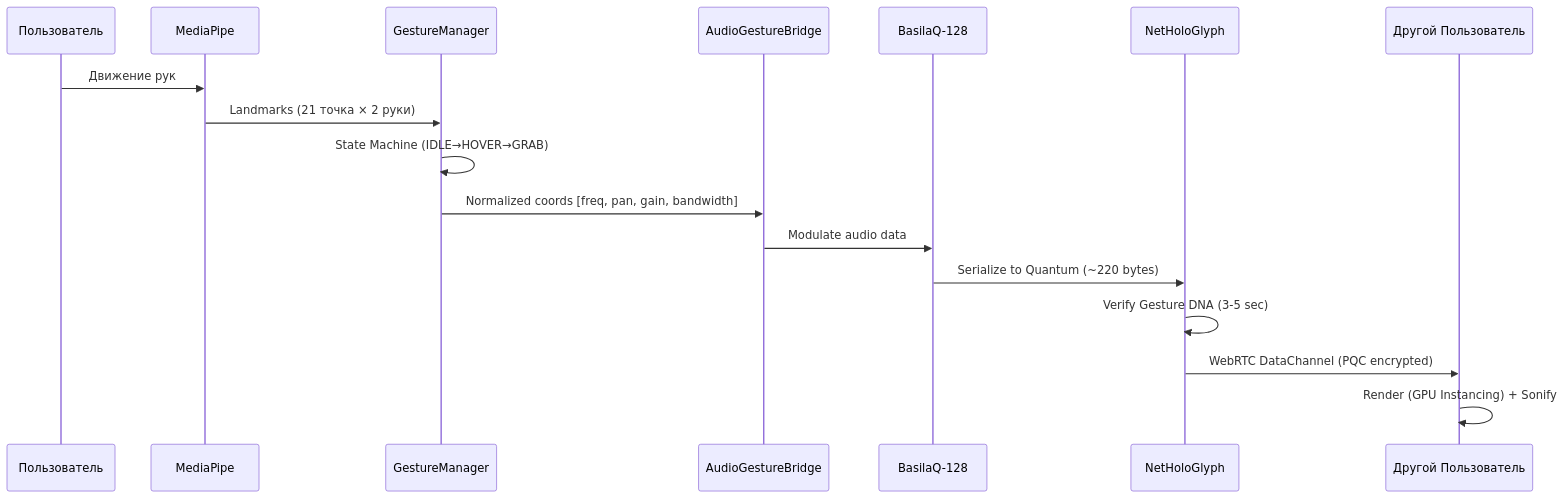
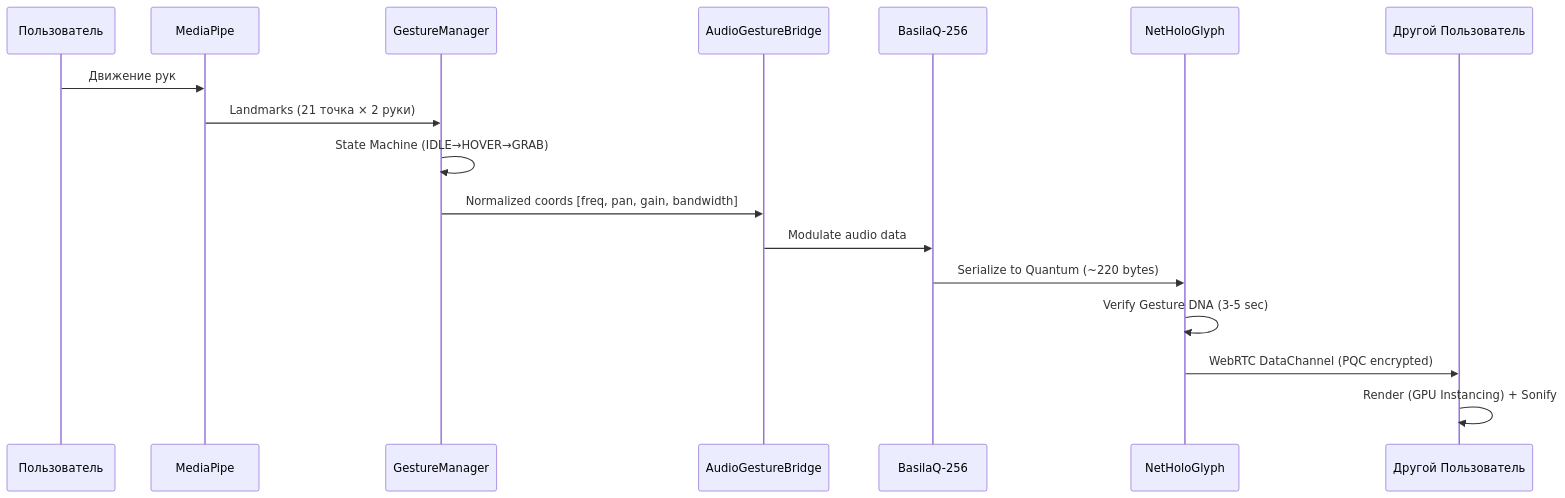
Before and after one commit to NeuroCoderZ/holograms.media: the diagram in docs/ARCH/RU/Architecture/Cochlear_Cylinder_Manifesto.md, drawn with Mermaid. The commit also changed other lines of this file and 14 other files, not shown here.

````diff
--- a/docs/ARCH/RU/Architecture/Cochlear_Cylinder_Manifesto.md
+++ b/docs/ARCH/RU/Architecture/Cochlear_Cylinder_Manifesto.md
@@ -151,20 +151,20 @@
 ```mermaid
 sequenceDiagram
     participant User as Пользователь
     participant MP as MediaPipe
     participant GM as GestureManager
     participant SB as AudioGestureBridge
-    participant CQT as BasilaQ-128
+    participant CQT as BasilaQ-256
     participant Net as NetHoloGlyph
     participant Peer as Другой Пользователь
     
     User->>MP: Движение рук
     MP->>GM: Landmarks (21 точка × 2 руки)
     GM->>GM: State Machine (IDLE→HOVER→GRAB)
     GM->>SB: Normalized coords [freq, pan, gain, bandwidth]
     SB->>CQT: Modulate audio data
     CQT->>Net: Serialize to Quantum (~220 bytes)
     Net->>Net: Verify Gesture DNA (3-5 sec)
     Net->>Peer: WebRTC DataChannel (PQC encrypted)
     Peer->>Peer: Render (GPU Instancing) + Sonify
 ```
````
